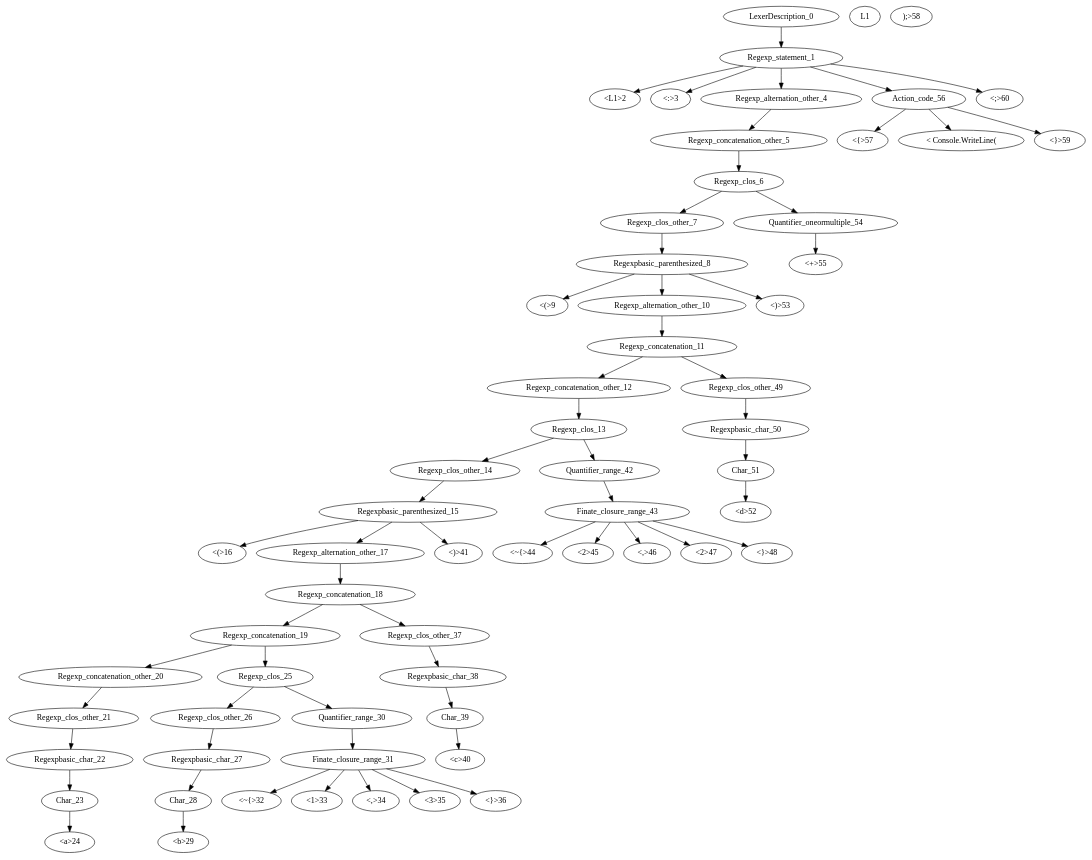
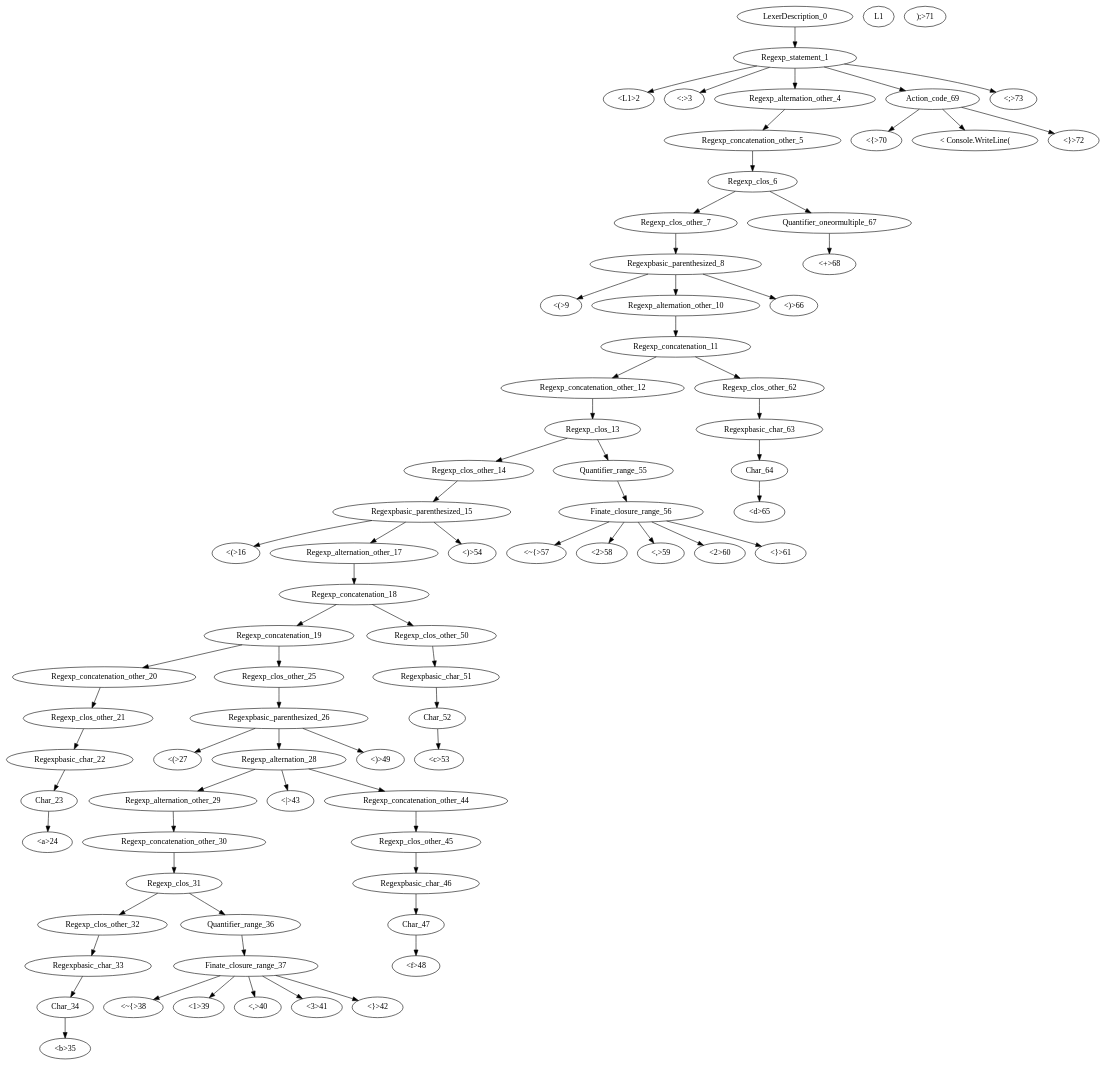
Before and after one commit to GDimitroulakos/EDUFLEX: the diagram in DFASimulator/Testbench/test.dot, drawn with Graphviz. The commit also changed 34 other files, not shown here.

```diff
--- a/DFASimulator/Testbench/test.dot
+++ b/DFASimulator/Testbench/test.dot
@@ -1,63 +1,76 @@
 digraph test{
 
 "LexerDescription_0"->"Regexp_statement_1";
 "Regexp_statement_1"->"<L1>2";
 "Regexp_statement_1"->"<:>3";
 "Regexp_statement_1"->"Regexp_alternation_other_4";
 "Regexp_alternation_other_4"->"Regexp_concatenation_other_5";
 "Regexp_concatenation_other_5"->"Regexp_clos_6";
 "Regexp_clos_6"->"Regexp_clos_other_7";
 "Regexp_clos_other_7"->"Regexpbasic_parenthesized_8";
 "Regexpbasic_parenthesized_8"->"<(>9";
 "Regexpbasic_parenthesized_8"->"Regexp_alternation_other_10";
 "Regexp_alternation_other_10"->"Regexp_concatenation_11";
 "Regexp_concatenation_11"->"Regexp_concatenation_other_12";
 "Regexp_concatenation_other_12"->"Regexp_clos_13";
 "Regexp_clos_13"->"Regexp_clos_other_14";
 "Regexp_clos_other_14"->"Regexpbasic_parenthesized_15";
 "Regexpbasic_parenthesized_15"->"<(>16";
 "Regexpbasic_parenthesized_15"->"Regexp_alternation_other_17";
 "Regexp_alternation_other_17"->"Regexp_concatenation_18";
 "Regexp_concatenation_18"->"Regexp_concatenation_19";
 "Regexp_concatenation_19"->"Regexp_concatenation_other_20";
 "Regexp_concatenation_other_20"->"Regexp_clos_other_21";
 "Regexp_clos_other_21"->"Regexpbasic_char_22";
 "Regexpbasic_char_22"->"Char_23";
 "Char_23"->"<a>24";
-"Regexp_concatenation_19"->"Regexp_clos_25";
-"Regexp_clos_25"->"Regexp_clos_other_26";
-"Regexp_clos_other_26"->"Regexpbasic_char_27";
-"Regexpbasic_char_27"->"Char_28";
-"Char_28"->"<b>29";
-"Regexp_clos_25"->"Quantifier_range_30";
-"Quantifier_range_30"->"Finate_closure_range_31";
-"Finate_closure_range_31"->"<~{>32";
-"Finate_closure_range_31"->"<1>33";
-"Finate_closure_range_31"->"<,>34";
-"Finate_closure_range_31"->"<3>35";
-"Finate_closure_range_31"->"<}>36";
-"Regexp_concatenation_18"->"Regexp_clos_other_37";
-"Regexp_clos_other_37"->"Regexpbasic_char_38";
-"Regexpbasic_char_38"->"Char_39";
-"Char_39"->"<c>40";
-"Regexpbasic_parenthesized_15"->"<)>41";
-"Regexp_clos_13"->"Quantifier_range_42";
-"Quantifier_range_42"->"Finate_closure_range_43";
-"Finate_closure_range_43"->"<~{>44";
-"Finate_closure_range_43"->"<2>45";
-"Finate_closure_range_43"->"<,>46";
-"Finate_closure_range_43"->"<2>47";
-"Finate_closure_range_43"->"<}>48";
-"Regexp_concatenation_11"->"Regexp_clos_other_49";
-"Regexp_clos_other_49"->"Regexpbasic_char_50";
-"Regexpbasic_char_50"->"Char_51";
-"Char_51"->"<d>52";
-"Regexpbasic_parenthesized_8"->"<)>53";
-"Regexp_clos_6"->"Quantifier_oneormultiple_54";
-"Quantifier_oneormultiple_54"->"<+>55";
-"Regexp_statement_1"->"Action_code_56";
-"Action_code_56"->"<{>57";
-"Action_code_56"->"< Console.WriteLine("L1");>58";
-"Action_code_56"->"<}>59";
-"Regexp_statement_1"->"<;>60";
+"Regexp_concatenation_19"->"Regexp_clos_other_25";
+"Regexp_clos_other_25"->"Regexpbasic_parenthesized_26";
+"Regexpbasic_parenthesized_26"->"<(>27";
+"Regexpbasic_parenthesized_26"->"Regexp_alternation_28";
+"Regexp_alternation_28"->"Regexp_alternation_other_29";
+"Regexp_alternation_other_29"->"Regexp_concatenation_other_30";
+"Regexp_concatenation_other_30"->"Regexp_clos_31";
+"Regexp_clos_31"->"Regexp_clos_other_32";
+"Regexp_clos_other_32"->"Regexpbasic_char_33";
+"Regexpbasic_char_33"->"Char_34";
+"Char_34"->"<b>35";
+"Regexp_clos_31"->"Quantifier_range_36";
+"Quantifier_range_36"->"Finate_closure_range_37";
+"Finate_closure_range_37"->"<~{>38";
+"Finate_closure_range_37"->"<1>39";
+"Finate_closure_range_37"->"<,>40";
+"Finate_closure_range_37"->"<3>41";
+"Finate_closure_range_37"->"<}>42";
+"Regexp_alternation_28"->"<|>43";
+"Regexp_alternation_28"->"Regexp_concatenation_other_44";
+"Regexp_concatenation_other_44"->"Regexp_clos_other_45";
+"Regexp_clos_other_45"->"Regexpbasic_char_46";
+"Regexpbasic_char_46"->"Char_47";
+"Char_47"->"<f>48";
+"Regexpbasic_parenthesized_26"->"<)>49";
+"Regexp_concatenation_18"->"Regexp_clos_other_50";
+"Regexp_clos_other_50"->"Regexpbasic_char_51";
+"Regexpbasic_char_51"->"Char_52";
+"Char_52"->"<c>53";
+"Regexpbasic_parenthesized_15"->"<)>54";
+"Regexp_clos_13"->"Quantifier_range_55";
+"Quantifier_range_55"->"Finate_closure_range_56";
+"Finate_closure_range_56"->"<~{>57";
+"Finate_closure_range_56"->"<2>58";
+"Finate_closure_range_56"->"<,>59";
+"Finate_closure_range_56"->"<2>60";
+"Finate_closure_range_56"->"<}>61";
+"Regexp_concatenation_11"->"Regexp_clos_other_62";
+"Regexp_clos_other_62"->"Regexpbasic_char_63";
+"Regexpbasic_char_63"->"Char_64";
+"Char_64"->"<d>65";
+"Regexpbasic_parenthesized_8"->"<)>66";
+"Regexp_clos_6"->"Quantifier_oneormultiple_67";
+"Quantifier_oneormultiple_67"->"<+>68";
+"Regexp_statement_1"->"Action_code_69";
+"Action_code_69"->"<{>70";
+"Action_code_69"->"< Console.WriteLine("L1");>71";
+"Action_code_69"->"<}>72";
+"Regexp_statement_1"->"<;>73";
 }
```
